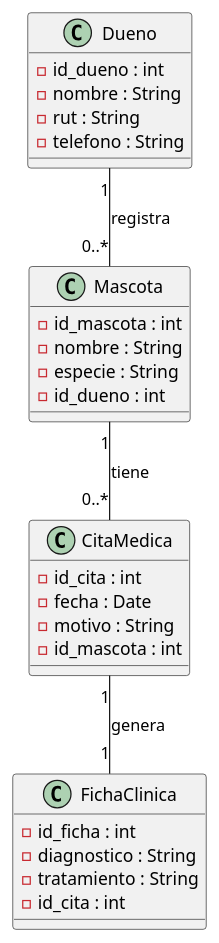
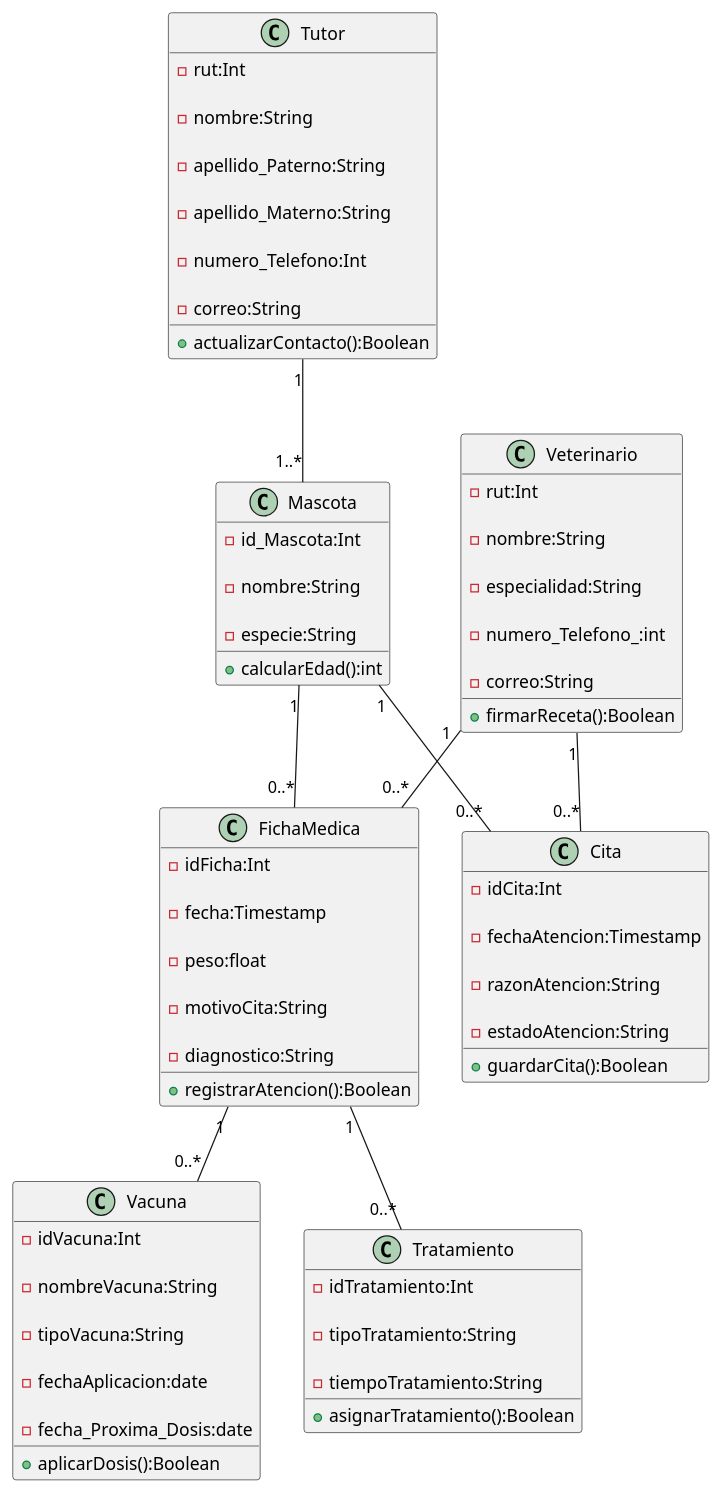
Before and after one commit to IgnMr/Petcare-architecture: the diagram in docs/diagramas/vista_logica.puml, drawn with PlantUML. The commit also changed 1 other file, not shown here.

```diff
--- a/docs/diagramas/vista_logica.puml
+++ b/docs/diagramas/vista_logica.puml
@@ -1,33 +1,137 @@
 @startuml
-class Dueno {
-    - id_dueno : int
-    - nombre : String
-    - rut : String
-    - telefono : String
+
+class Tutor{
+
+    -rut:Int
+
+    -nombre:String
+
+    -apellido_Paterno:String
+
+    -apellido_Materno:String
+
+    -numero_Telefono:Int
+
+    -correo:String
+
+    +actualizarContacto():Boolean
+
 }
 
-class Mascota {
-    - id_mascota : int
-    - nombre : String
-    - especie : String
-    - id_dueno : int
+class Mascota{
+
+    -id_Mascota:Int
+
+    -nombre:String
+
+    -especie:String
+
+    +calcularEdad():int
+
 }
 
-class CitaMedica {
-    - id_cita : int
-    - fecha : Date
-    - motivo : String
-    - id_mascota : int
+
+
+class FichaMedica{
+
+    -idFicha:Int
+
+    -fecha:Timestamp
+
+    -peso:float
+
+    -motivoCita:String
+
+    -diagnostico:String
+
+    +registrarAtencion():Boolean
+
 }
 
-class FichaClinica {
-    - id_ficha : int
-    - diagnostico : String
-    - tratamiento : String
-    - id_cita : int
+
+
+class Cita{
+
+    -idCita:Int
+
+    -fechaAtencion:Timestamp
+
+    -razonAtencion:String
+
+    -estadoAtencion:String
+
+    +guardarCita():Boolean
+
+
+
 }
 
-Dueno "1" -- "0..*" Mascota : registra
-Mascota "1" -- "0..*" CitaMedica : tiene
-CitaMedica "1" -- "1" FichaClinica : genera
+
+
+class Veterinario{
+
+    -rut:Int
+
+    -nombre:String
+
+    -especialidad:String
+
+    -numero_Telefono_:int
+
+    -correo:String
+
+    +firmarReceta():Boolean
+
+}
+
+
+
+class Vacuna{
+
+    -idVacuna:Int
+
+    -nombreVacuna:String
+
+    -tipoVacuna:String
+
+    -fechaAplicacion:date
+
+    -fecha_Proxima_Dosis:date
+
+    +aplicarDosis():Boolean
+
+}
+
+
+
+class Tratamiento{
+
+    -idTratamiento:Int
+
+    -tipoTratamiento:String
+
+    -tiempoTratamiento:String
+
+    +asignarTratamiento():Boolean
+
+}
+
+
+
+Tutor "1"--"1..*" Mascota
+
+Mascota "1"--"0..*" Cita
+
+Mascota "1"--"0..*" FichaMedica
+
+Veterinario "1"--"0..*"Cita
+
+Veterinario "1"--"0..*" FichaMedica
+
+FichaMedica "1"--"0..*"Vacuna
+
+FichaMedica "1"--"0..*"Tratamiento
+
+
+
 @enduml
```
